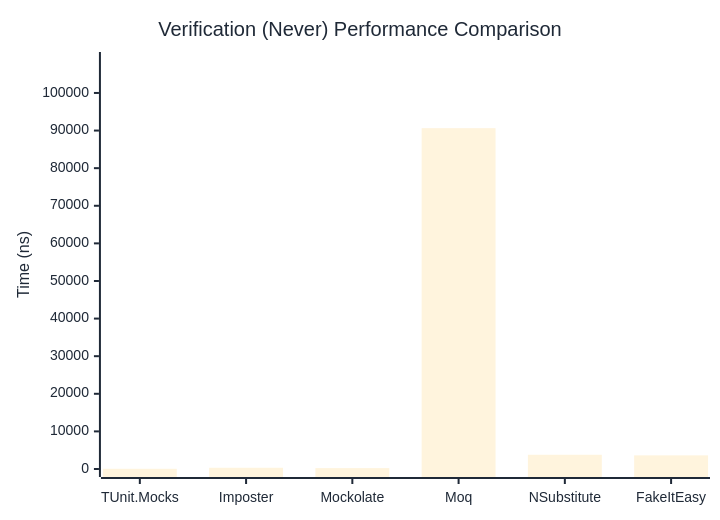
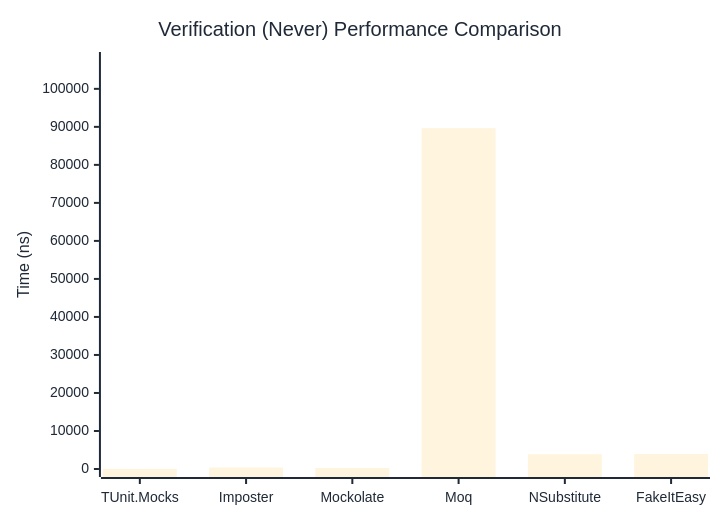
One commit to thomhurst/TUnit changed the second of 3 diagrams in docs/docs/benchmarks/mocks/Verification.md. Above: the diagram before and after it, drawn with Mermaid. The commit also changed other lines of this file and 14 other files, not shown here.

````diff
--- a/docs/docs/benchmarks/mocks/Verification.md
+++ b/docs/docs/benchmarks/mocks/Verification.md
@@ -71,27 +71,27 @@
 ```mermaid
 %%{init: {
   'theme':'base',
   'themeVariables': {
     'primaryColor': '#2563eb',
     'primaryTextColor': '#1f2937',
     'primaryBorderColor': '#1e40af',
     'lineColor': '#6b7280',
     'secondaryColor': '#7c3aed',
     'tertiaryColor': '#dc2626',
     'background': '#ffffff',
     'pie1': '#2563eb',
     'pie2': '#7c3aed',
     'pie3': '#dc2626',
     'pie4': '#f59e0b',
     'pie5': '#10b981',
     'pie6': '#06b6d4',
     'pie7': '#ec4899',
     'pie8': '#6366f1'
   }
 }}%%
 xychart-beta
   title "Verification (Never) Performance Comparison"
   x-axis ["TUnit.Mocks", "Imposter", "Mockolate", "Moq", "NSubstitute", "FakeItEasy"]
-  y-axis "Time (ns)" 0 --> 108764
-  bar [53.47, 326.05, 238.57, 90636, 3787.37, 3626.97]
+  y-axis "Time (ns)" 0 --> 107586
+  bar [60.35, 376.14, 257.43, 89654.75, 3889.21, 3924.29]
 ```
````
